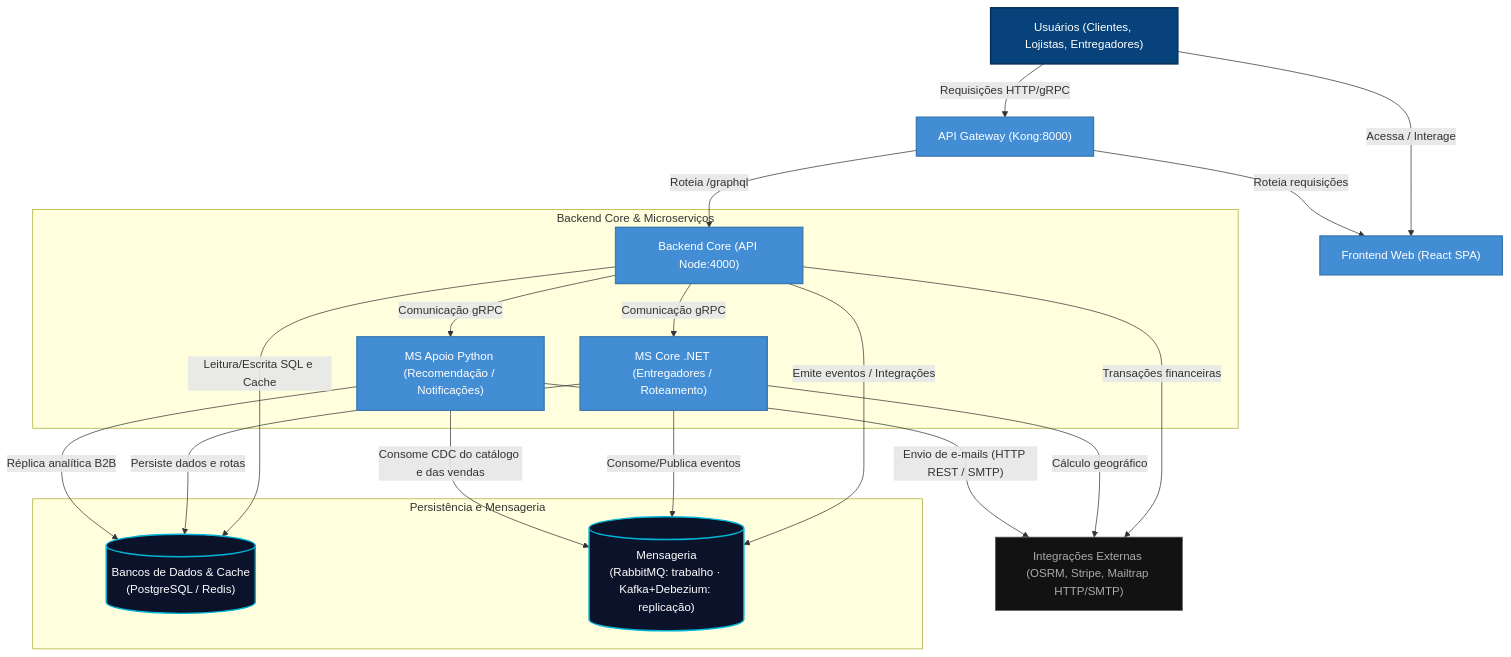
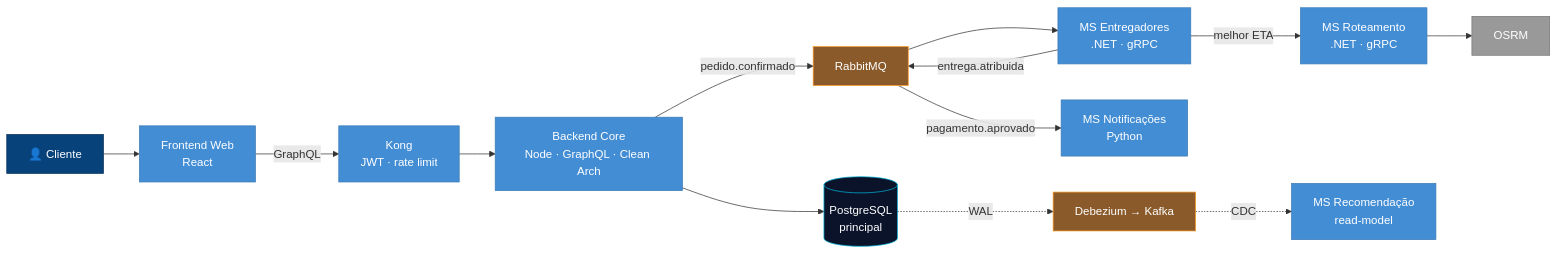
The diagram in README.md (arthurair3s/express-delivery-system), drawn with Mermaid before and after one commit. The commit also changed other lines of this file and 2 other files, not shown here.

````diff
--- a/README.md
+++ b/README.md
@@ -51,46 +23,30 @@
 ```mermaid
-graph TD
-    %% Styling
-    classDef client fill:#08427b,stroke:#052e56,stroke-width:2px,color:#fff;
-    classDef container fill:#438dd5,stroke:#3b7bb5,stroke-width:2px,color:#fff;
-    classDef db fill:#0b132b,stroke:#00b4d8,stroke-width:2px,color:#fff;
-    classDef broker fill:#2d1a12,stroke:#f8961e,stroke-width:2px,color:#fff;
-    classDef ext fill:#121212,stroke:#666,stroke-width:1px,color:#aaa;
+graph LR
+    classDef pessoa fill:#08427b,stroke:#052e56,color:#fff;
+    classDef app fill:#438dd5,stroke:#3b7bb5,color:#fff;
+    classDef dado fill:#0b132b,stroke:#00b4d8,color:#fff;
+    classDef fila fill:#8a5a2b,stroke:#f8961e,color:#fff;
+    classDef ext fill:#999,stroke:#777,color:#fff;
 
-    cliente["Usuários (Clientes, Lojistas, Entregadores)"]:::client
-    gateway["API Gateway (Kong:8000)"]:::container
-    frontend["Frontend Web (React SPA)"]:::container
+    C["👤 Cliente"]:::pessoa
+    WEB["Frontend Web<br>React"]:::app
+    KONG["Kong<br>JWT · rate limit"]:::app
+    API["Backend Core<br>Node · GraphQL · Clean Arch"]:::app
+    PG[("PostgreSQL<br>principal")]:::dado
+    RMQ["RabbitMQ"]:::fila
+    ENT["MS Entregadores<br>.NET · gRPC"]:::app
+    ROT["MS Roteamento<br>.NET · gRPC"]:::app
+    OSRM["OSRM"]:::ext
+    NOT["MS Notificações<br>Python"]:::app
+    KFK["Debezium → Kafka"]:::fila
+    REC["MS Recomendação<br>read-model"]:::app
 
-    subgraph "Backend Core & Microserviços"
-        api_node["Backend Core (API Node:4000)"]:::container
-        ms_dotnet["MS Core .NET (Entregadores / Roteamento)"]:::container
-        ms_python["MS Apoio Python (Recomendação / Notificações)"]:::container
-    end
-
-    subgraph "Persistência e Mensageria"
-        databases[("Bancos de Dados & Cache<br>(PostgreSQL / Redis)")]:::db
-        messaging[("Mensageria<br>(RabbitMQ: trabalho · Kafka+Debezium: replicação)")]:::db
-    end
-
-    ext["Integrações Externas (OSRM, Stripe, Mailtrap HTTP/SMTP)"]:::ext
-
-    %% Flows
-    cliente -->|Acessa / Interage| frontend
-    cliente -->|Requisições HTTP/gRPC| gateway
-    gateway -->|Roteia requisições| frontend
-    gateway -->|Roteia /graphql| api_node
-
-    api_node -->|Comunicação gRPC| ms_dotnet
-    api_node -->|Comunicação gRPC| ms_python
-    api_node -->|Leitura/Escrita SQL e Cache| databases
-    api_node -->|Emite eventos / Integrações| messaging
-    api_node -->|Transações financeiras| ext
-
-    ms_dotnet -->|Persiste dados e rotas| databases
-    ms_dotnet -->|Consome/Publica eventos| messaging
-    ms_dotnet -->|Cálculo geográfico| ext
-
-    ms_python -->|Réplica analítica B2B| databases
-    ms_python -->|Consome CDC do catálogo e das vendas| messaging
-    ms_python -->|"Envio de e-mails (HTTP REST / SMTP)"| ext
+    C --> WEB -->|GraphQL| KONG --> API
+    API --> PG
+    API -->|pedido.confirmado| RMQ
+    RMQ --> ENT
+    ENT -->|melhor ETA| ROT --> OSRM
+    ENT -->|entrega.atribuida| RMQ
+    RMQ -->|pagamento.aprovado| NOT
+    PG -.->|WAL| KFK -.->|CDC| REC
 ```
````
